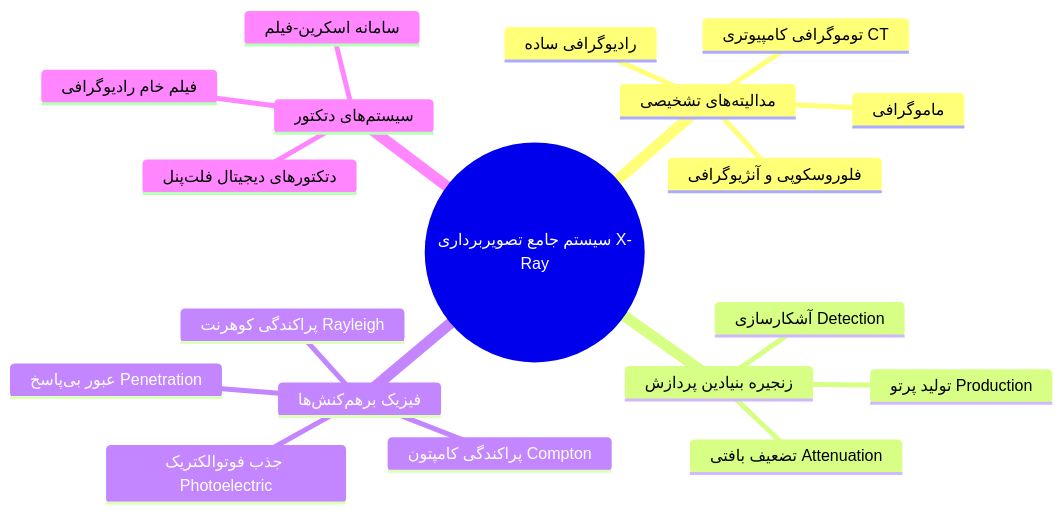
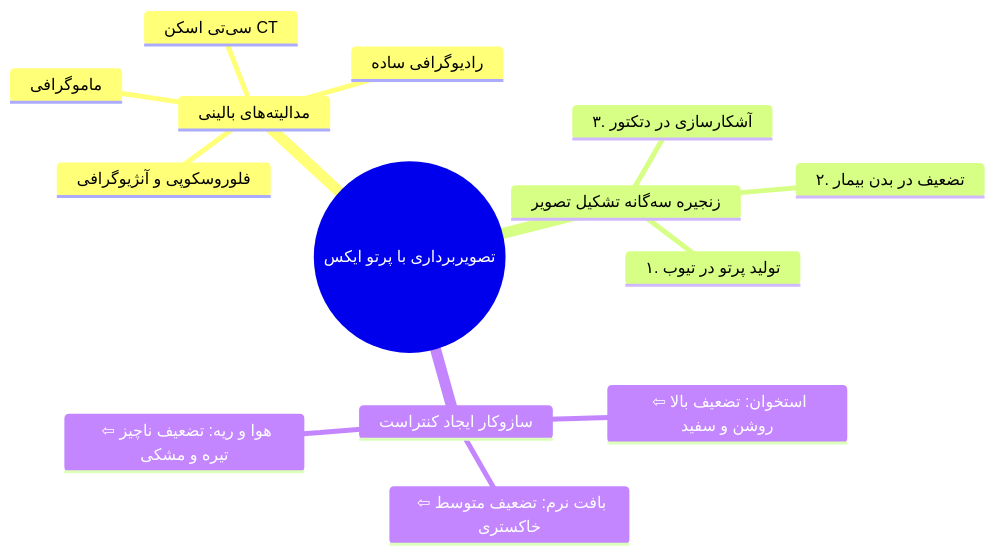
One commit to neopulse-hub/-TUMS-1402-2-material-notes- changed the first of 4 diagrams in 05/فیزیک پزشکی/پایان‌ترم/رادیوگرافی - مقدمات.md. Above: the diagram before and after it, drawn with Mermaid. The commit also changed other lines of this file, not shown here.

Commit message:
Update رادیوگرافی - مقدمات.md

````diff
--- a/05/فیزیک پزشکی/پایان‌ترم/رادیوگرافی - مقدمات.md
+++ b/05/فیزیک پزشکی/پایان‌ترم/رادیوگرافی - مقدمات.md
@@ -6,22 +20,18 @@
 ```mermaid
 mindmap
-  root((سیستم جامع تصویربرداری X-Ray))
-    مدالیته‌های تشخیصی
+  root((تصویربرداری با پرتو ایکس))
+    مدالیته‌های بالینی
       رادیوگرافی ساده
       ماموگرافی
       فلوروسکوپی و آنژیوگرافی
-      توموگرافی کامپیوتری CT
-    زنجیره بنیادین پردازش
-      تولید پرتو Production
-      تضعیف بافتی Attenuation
-      آشکارسازی Detection
-    فیزیک برهم‌کنش‌ها
-      عبور بی‌پاسخ Penetration
-      جذب فوتوالکتریک Photoelectric
-      پراکندگی کامپتون Compton
-      پراکندگی کوهرنت Rayleigh
-    سیستم‌های دتکتور
-      فیلم خام رادیوگرافی
-      سامانه اسکرین-فیلم
-      دتکتورهای دیجیتال فلت‌پنل
+      سی‌تی اسکن CT
+    زنجیره سه‌گانه تشکیل تصویر
+      ۱. تولید پرتو در تیوب
+      ۲. تضعیف در بدن بیمار
+      ۳. آشکارسازی در دتکتور
+    سازوکار ایجاد کنتراست
+      استخوان: تضعیف بالا ⇦ روشن و سفید
+      بافت نرم: تضعیف متوسط ⇦ خاکستری
+      هوا و ریه: تضعیف ناچیز ⇦ تیره و مشکی
+
 ```
````
